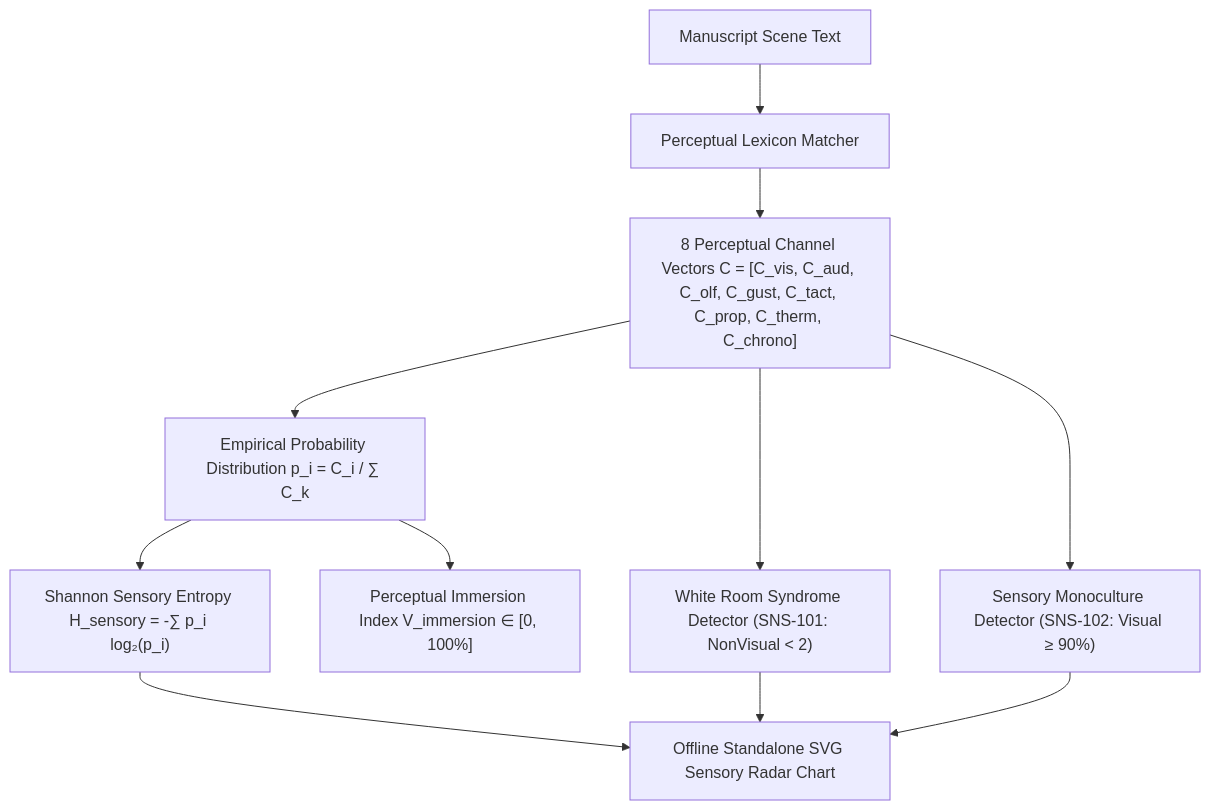
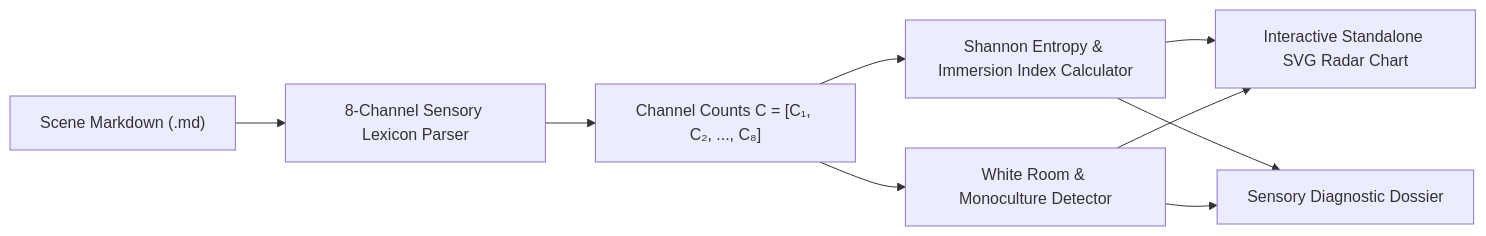
The third of 3 diagrams in docs/SENSES.md (aryansinghnagar/Ars-Arcanum), drawn with Mermaid before and after one commit. The commit also changed other lines of this file and 239 other files, not shown here.

First line of the commit message:
feat(v5.0.0): streamline to 47 deterministic engines, zero-pip architecture, and encyclopedic craft references

````diff
--- a/docs/SENSES.md
+++ b/docs/SENSES.md
@@ -18,14 +139,10 @@
 ```mermaid
-flowchart TD
-    Prose["Manuscript Scene Text"] --> Tokenizer["Perceptual Lexicon Matcher"]
-    Tokenizer --> ChannelCounts["8 Perceptual Channel Vectors C = [C_vis, C_aud, C_olf, C_gust, C_tact, C_prop, C_therm, C_chrono]"]
+flowchart LR
+    ProseMD["Scene Markdown (.md)"] --> LexiconMatcher["8-Channel Sensory Lexicon Parser"]
+    LexiconMatcher --> Vector["Channel Counts C = [C₁, C₂, ..., C₈]"]
+    Vector --> ShannonCalc["Shannon Entropy & Immersion Index Calculator"]
+    Vector --> WhiteRoomLinter["White Room & Monoculture Detector"]
     
-    ChannelCounts --> ProbDist["Empirical Probability Distribution p_i = C_i / ∑ C_k"]
-    ProbDist --> ShannonEntropy["Shannon Sensory Entropy H_sensory = -∑ p_i log₂(p_i)"]
-    ProbDist --> Vividness["Perceptual Immersion Index V_immersion ∈ [0, 100%]"]
-    
-    ChannelCounts --> WhiteRoom["White Room Syndrome Detector (SNS-101: NonVisual < 2)"]
-    ChannelCounts --> SkewDetector["Sensory Monoculture Detector (SNS-102: Visual ≥ 90%)"]
-    
-    ShannonEntropy & WhiteRoom & SkewDetector --> SVGRadar["Offline Standalone SVG Sensory Radar Chart"]
+    ShannonCalc & WhiteRoomLinter --> SVGRadar["Interactive Standalone SVG Radar Chart"]
+    ShannonCalc & WhiteRoomLinter --> HTMLReport["Sensory Diagnostic Dossier"]
 ```
````
